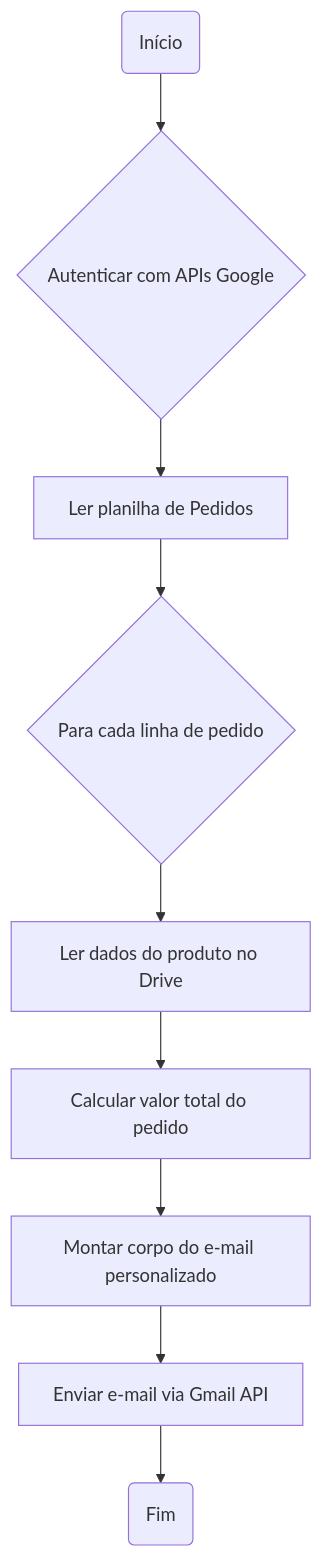
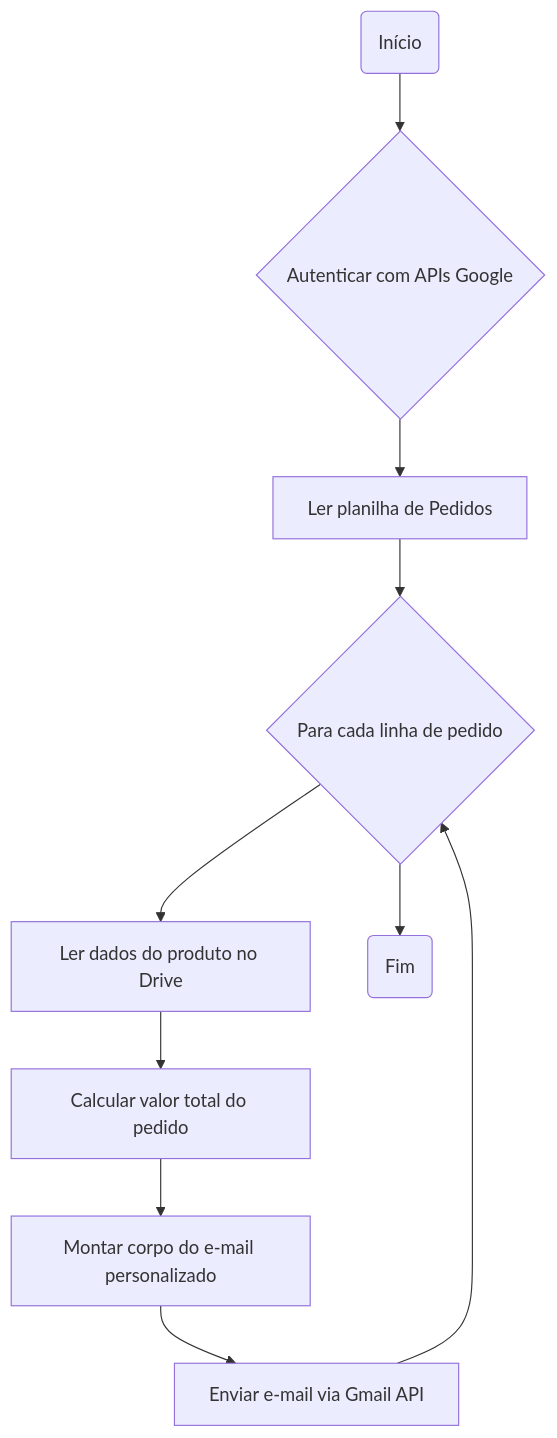
One commit to lts-unochapeco/Projeto_AutomacaoAPIsGoogle changed the fourth of 4 diagrams in README.md. Above: the diagram before and after it, drawn with Mermaid.

````diff
--- a/README.md
+++ b/README.md
@@ -237,11 +237,12 @@
 ```mermaid
 graph TD
     A(Início) --> B{Autenticar com APIs Google};
     B --> C[Ler planilha de Pedidos];
     C --> D{Para cada linha de pedido};
     D --> E[Ler dados do produto no Drive];
     E --> F[Calcular valor total do pedido];
     F --> G[Montar corpo do e-mail personalizado];
     G --> H[Enviar e-mail via Gmail API];
-    H --> I(Fim);
+    H --> D;
+    D --> I(Fim);
 ```
````
